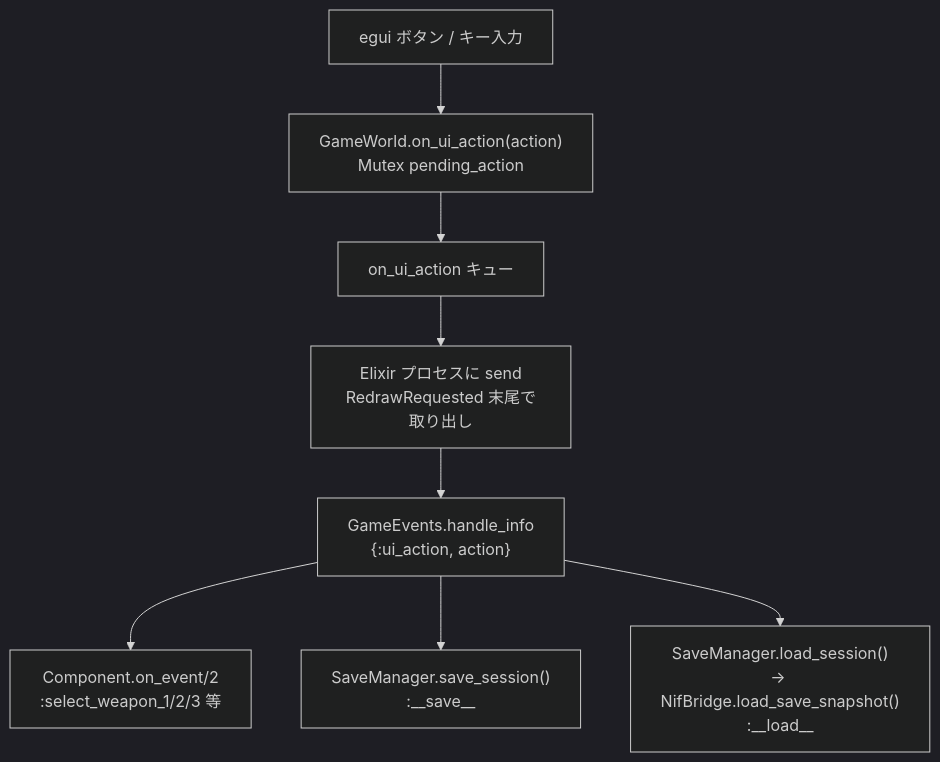
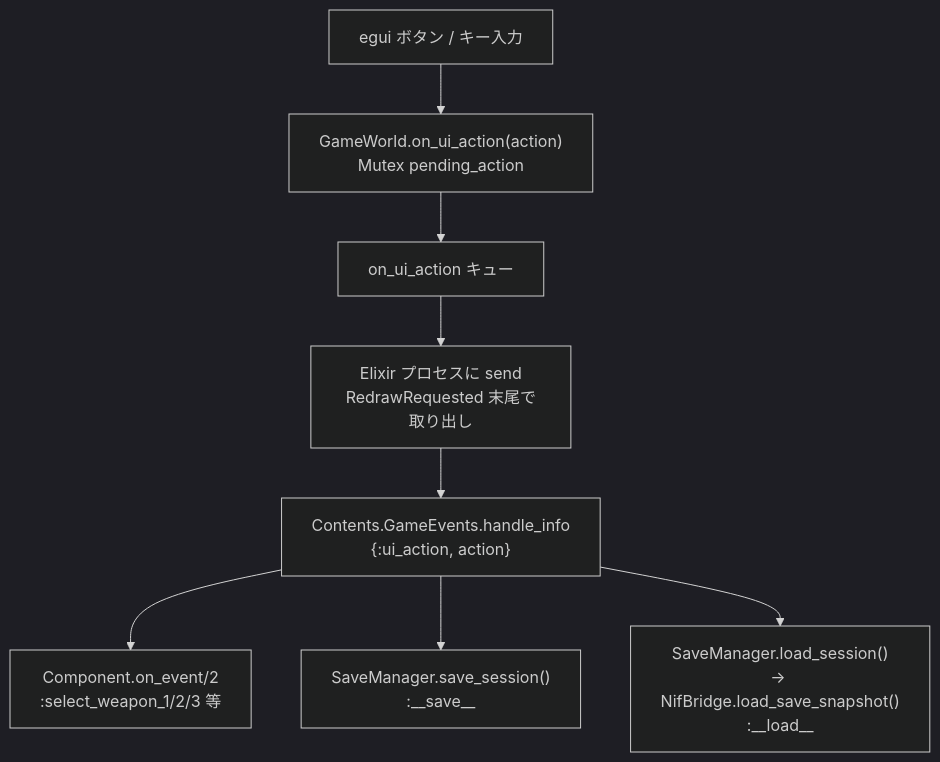
The sixth of 12 diagrams in docs/data-flow.md (FRICK-ELDY/alchemy-engine), drawn with Mermaid (dark theme) before and after one commit. The commit also changed other lines of this file and 8 other files, not shown here.

Commit message:
refactor: migrate GameEvents to contents and update docs

````diff
--- a/docs/data-flow.md
+++ b/docs/data-flow.md
@@ -147,16 +147,16 @@
 ```mermaid
 flowchart TD
     UI[egui ボタン / キー入力]
     OUA["GameWorld.on_ui_action(action)\nMutex pending_action"]
     Q[on_ui_action キュー]
     SEND["Elixir プロセスに send\nRedrawRequested 末尾で取り出し"]
-    GEV["GameEvents.handle_info\n{:ui_action, action}"]
+    GEV["Contents.GameEvents.handle_info\n{:ui_action, action}"]
     W1["Component.on_event/2\n:select_weapon_1/2/3 等"]
     W2["SaveManager.save_session()\n:__save__"]
     W3["SaveManager.load_session()\n→ NifBridge.load_save_snapshot()\n:__load__"]
 
     UI --> OUA --> Q --> SEND --> GEV
     GEV --> W1
     GEV --> W2
     GEV --> W3
 ```
````
